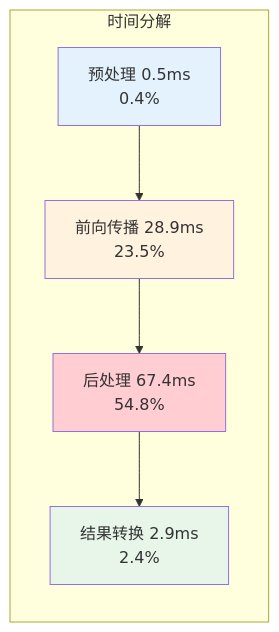
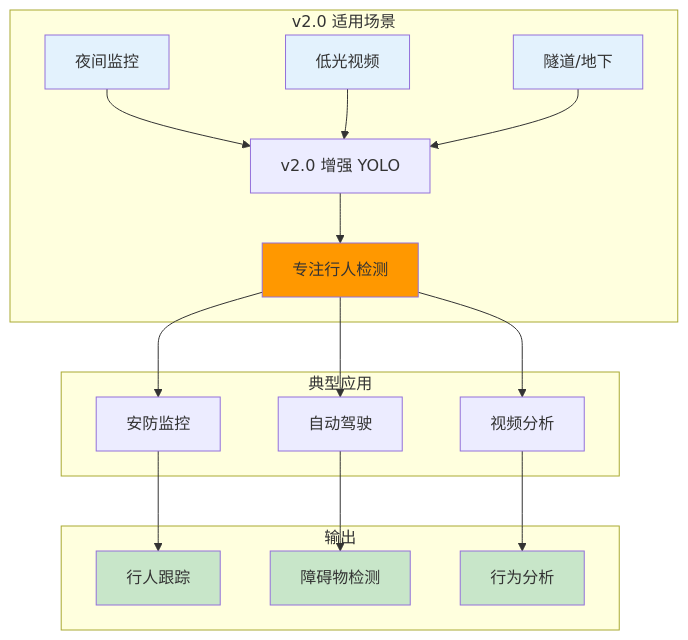
Diagram 13 of 14 in README.md (moonway0127/yolo_low_light_enhance), drawn with Mermaid before and after one commit. The commit also changed other lines of this file and 1 other file, not shown here.

````diff
--- a/README.md
+++ b/README.md
@@ -344,13 +430,29 @@
 ```mermaid
-graph LR
-    subgraph 时间分解
-        A[预处理 0.5ms<br/>0.4%] --> B[前向传播 28.9ms<br/>23.5%]
-        B --> C[后处理 67.4ms<br/>54.8%]
-        C --> D[结果转换 2.9ms<br/>2.4%]
+graph TB
+    subgraph v2.0 适用场景
+        A[夜间监控] --> D[v2.0 增强 YOLO]
+        B[低光视频] --> D
+        C[隧道/地下] --> D
+        D --> E[专注行人检测]
+    end
+    
+    subgraph 典型应用
+        E --> F[安防监控]
+        E --> G[自动驾驶]
+        E --> H[视频分析]
+    end
+    
+    subgraph 输出
+        F --> I[行人跟踪]
+        G --> J[障碍物检测]
+        H --> K[行为分析]
     end
     
     style A fill:#e3f2fd
-    style B fill:#fff3e0
-    style C fill:#ffcdd2
-    style D fill:#e8f5e9
+    style B fill:#e3f2fd
+    style C fill:#e3f2fd
+    style E fill:#ff9800
+    style I fill:#c8e6c9
+    style J fill:#c8e6c9
+    style K fill:#c8e6c9
 ```
````
